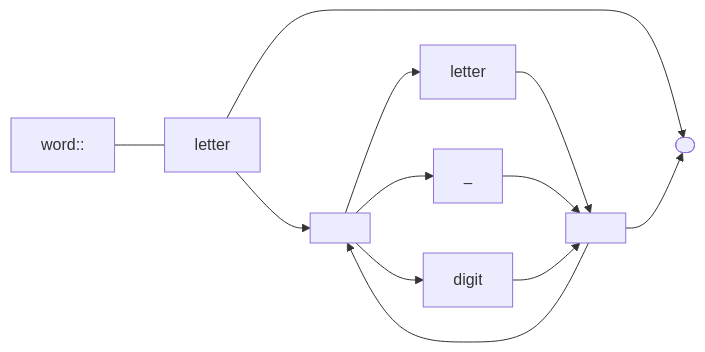
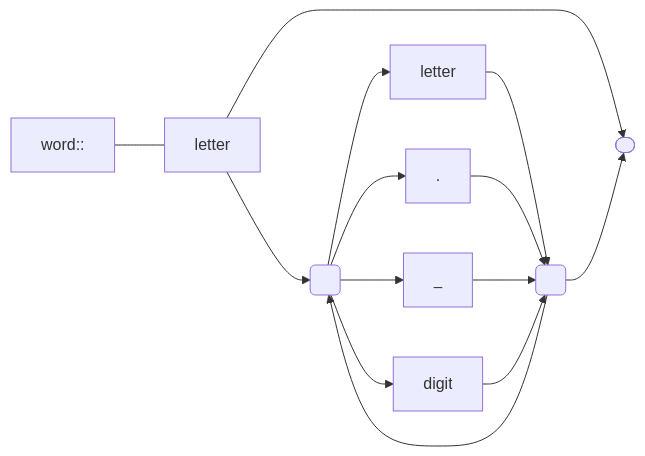
The eighth of 16 diagrams in README.md (andrewfstratton/quandoscript), drawn with Mermaid before and after one commit. The commit also changed other lines of this file, not shown here.

````diff
--- a/README.md
+++ b/README.md
@@ -64,9 +56,10 @@
 ```mermaid
 graph LR
     stop([ ])
     word:: --- letter-->stop
-    letter-->l[ ]-->rl["letter"]-->r[ ]-->stop
+    letter-->l( )-->rl["letter"]-->r( )-->stop
     r-->l
+    l-->dot["."]-->r
     l-->u["_"]-->r
     l-->digit-->r
 ```
````
